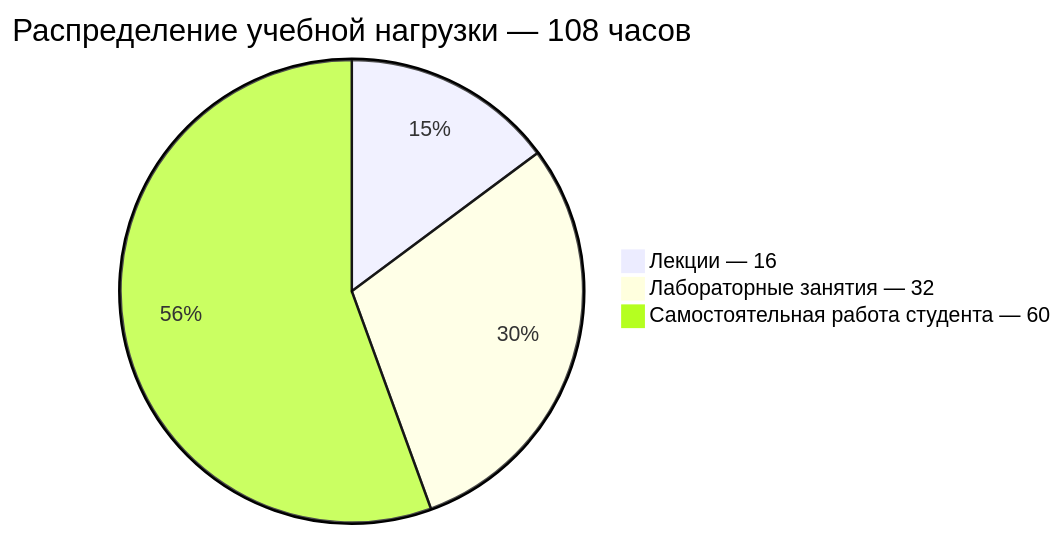
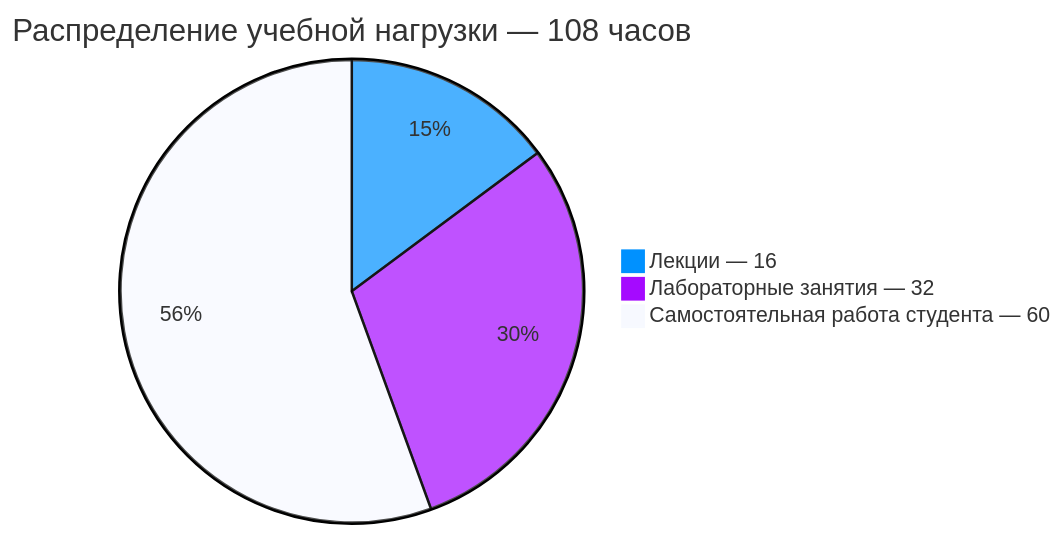
One commit to nolan-xnd/ITMO changed the diagram in Семестр 03/Языки программирования/README.md. Above: the diagram before and after it, drawn with Mermaid.

Commit message:
Correct Mermaid colors

````diff
--- a/Семестр 03/Языки программирования/README.md
+++ b/Семестр 03/Языки программирования/README.md
@@ -10,7 +10,16 @@
 ```mermaid
+---
+config:
+    theme: base
+    themeVariables:
+        pie1: '#0091FF'
+        pie2: '#A50AFF'
+        pie4: '#22B217'
+    pieOpacity: 0.5
+---
 pie 
     title Распределение учебной нагрузки — 108 часов
     "Лекции — 16" : 16
     "Лабораторные занятия — 32" : 32
     "Самостоятельная работа студента — 60" : 60
 ```
````
